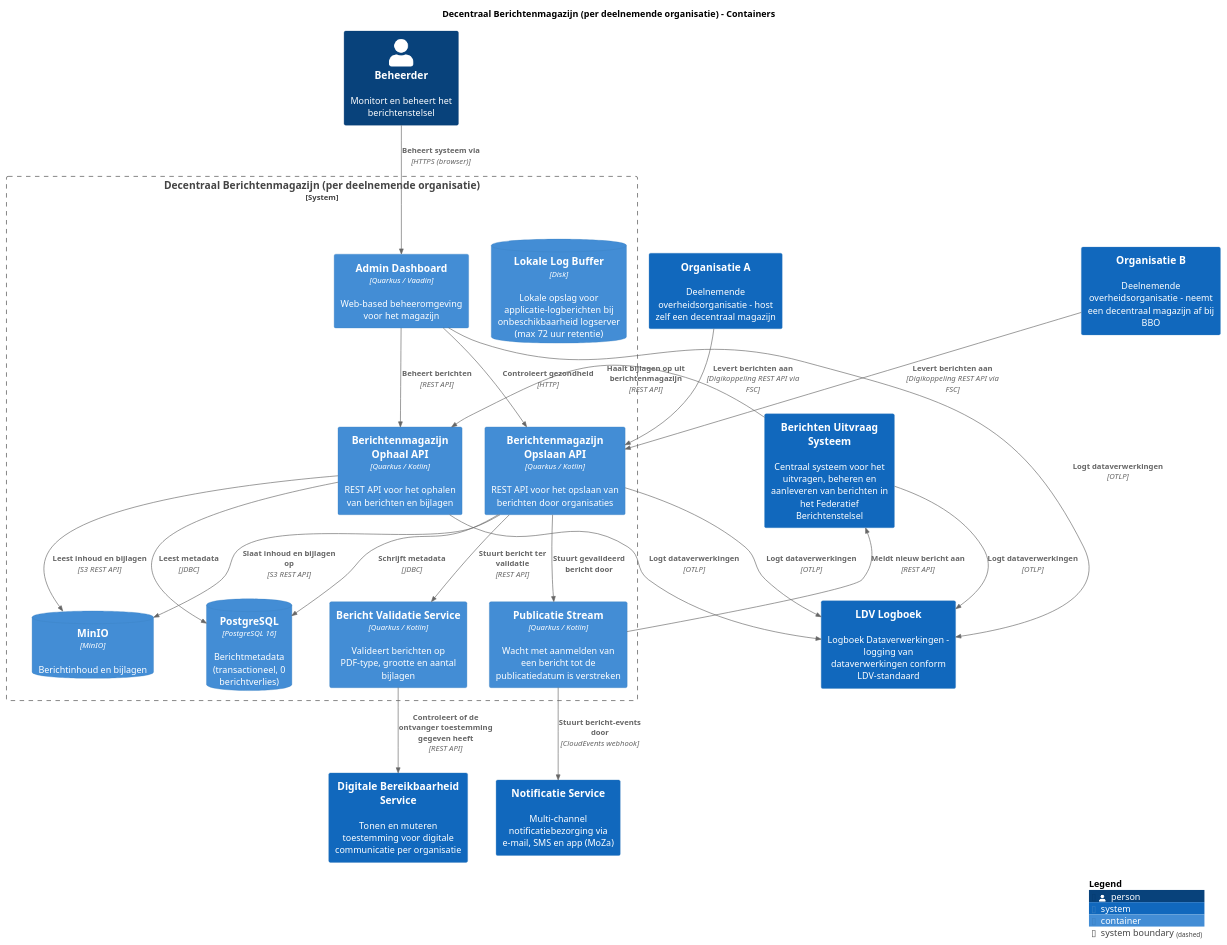
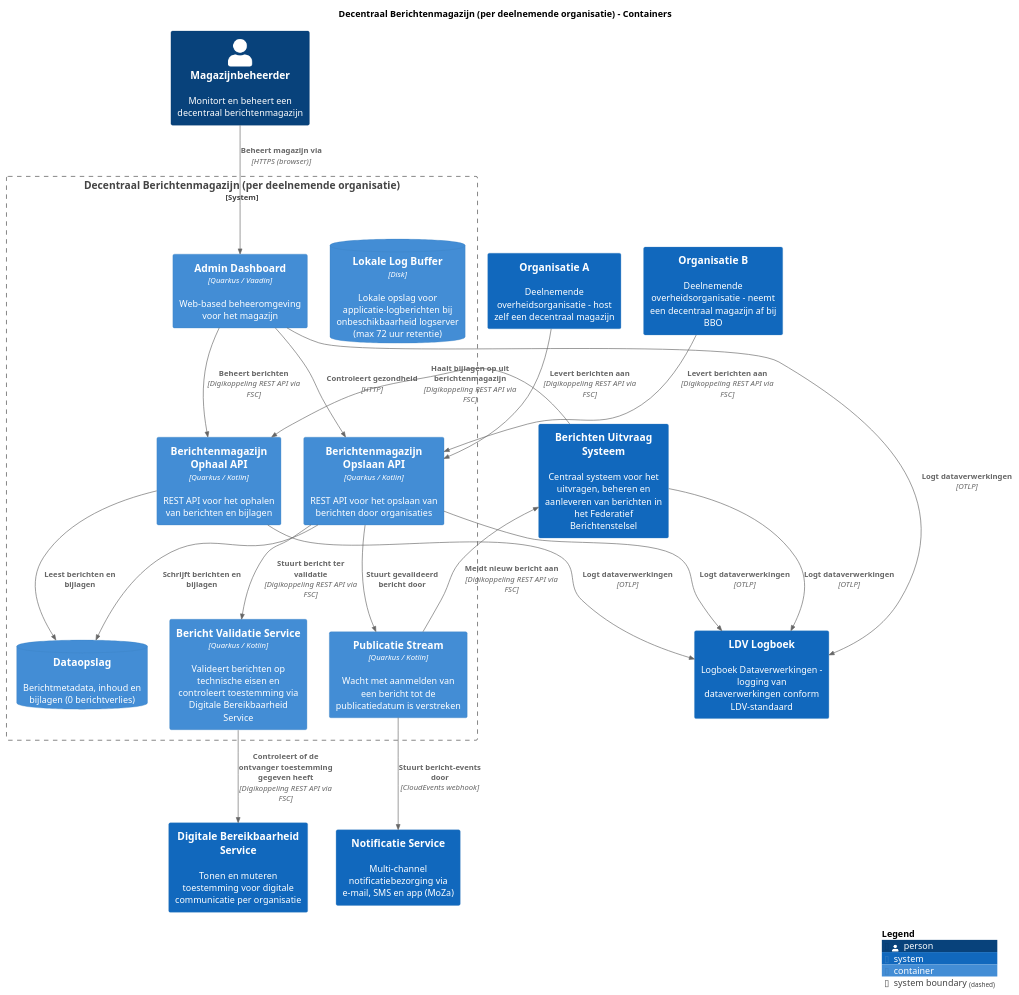
The diagram in pr-preview/pr-16/master/puml/DecentraalMagazijnContainers.puml (MinBZK/moza-poc-fbs-berichtenbox), drawn with PlantUML before and after one commit. The commit also changed 48 other files, not shown here.

```diff
--- a/pr-preview/pr-16/master/puml/DecentraalMagazijnContainers.puml
+++ b/pr-preview/pr-16/master/puml/DecentraalMagazijnContainers.puml
@@ -1,51 +1,48 @@
 @startuml
 set separator none
 title Decentraal Berichtenmagazijn (per deelnemende organisatie) - Containers
 
 top to bottom direction
 
 !include <C4/C4>
 !include <C4/C4_Context>
 !include <C4/C4_Container>
 
-Person(Beheerder, "Beheerder", $descr="Monitort en beheert het berichtenstelsel", $tags="", $link="")
+Person(Magazijnbeheerder, "Magazijnbeheerder", $descr="Monitort en beheert een decentraal berichtenmagazijn", $tags="", $link="")
 System(NotificatieService, "Notificatie Service", $descr="Multi-channel notificatiebezorging via e-mail, SMS en app (MoZa)", $tags="", $link="")
 System(DigitaleBereikbaarheidService, "Digitale Bereikbaarheid Service", $descr="Tonen en muteren toestemming voor digitale communicatie per organisatie", $tags="", $link="")
 System(OrganisatieA, "Organisatie A", $descr="Deelnemende overheidsorganisatie - host zelf een decentraal magazijn", $tags="", $link="")
 System(OrganisatieB, "Organisatie B", $descr="Deelnemende overheidsorganisatie - neemt een decentraal magazijn af bij BBO", $tags="", $link="")
 System(BerichtenUitvraagSysteem, "Berichten Uitvraag Systeem", $descr="Centraal systeem voor het uitvragen, beheren en aanleveren van berichten in het Federatief Berichtenstelsel", $tags="", $link="")
 System(LDVLogboek, "LDV Logboek", $descr="Logboek Dataverwerkingen - logging van dataverwerkingen conform LDV-standaard", $tags="", $link="")
 
 System_Boundary("DecentraalBerichtenmagazijnperdeelnemendeorganisatie_boundary", "Decentraal Berichtenmagazijn (per deelnemende organisatie)", $tags="") {
   Container(DecentraalBerichtenmagazijnperdeelnemendeorganisatie.BerichtenmagazijnOphaalAPI, "Berichtenmagazijn Ophaal API", $techn="Quarkus / Kotlin", $descr="REST API voor het ophalen van berichten en bijlagen", $tags="", $link="")
   Container(DecentraalBerichtenmagazijnperdeelnemendeorganisatie.BerichtenmagazijnOpslaanAPI, "Berichtenmagazijn Opslaan API", $techn="Quarkus / Kotlin", $descr="REST API voor het opslaan van berichten door organisaties", $tags="", $link="")
   ContainerDb(DecentraalBerichtenmagazijnperdeelnemendeorganisatie.LokaleLogBuffer, "Lokale Log Buffer", $techn="Disk", $descr="Lokale opslag voor applicatie-logberichten bij onbeschikbaarheid logserver (max 72 uur retentie)", $tags="", $link="")
-  ContainerDb(DecentraalBerichtenmagazijnperdeelnemendeorganisatie.PostgreSQL, "PostgreSQL", $techn="PostgreSQL 16", $descr="Berichtmetadata (transactioneel, 0 berichtverlies)", $tags="", $link="")
-  ContainerDb(DecentraalBerichtenmagazijnperdeelnemendeorganisatie.MinIO, "MinIO", $techn="MinIO", $descr="Berichtinhoud en bijlagen", $tags="", $link="")
+  ContainerDb(DecentraalBerichtenmagazijnperdeelnemendeorganisatie.Dataopslag, "Dataopslag", $techn="", $descr="Berichtmetadata, inhoud en bijlagen (0 berichtverlies)", $tags="", $link="")
   Container(DecentraalBerichtenmagazijnperdeelnemendeorganisatie.AdminDashboard, "Admin Dashboard", $techn="Quarkus / Vaadin", $descr="Web-based beheeromgeving voor het magazijn", $tags="", $link="")
-  Container(DecentraalBerichtenmagazijnperdeelnemendeorganisatie.BerichtValidatieService, "Bericht Validatie Service", $techn="Quarkus / Kotlin", $descr="Valideert berichten op PDF-type, grootte en aantal bijlagen", $tags="", $link="")
+  Container(DecentraalBerichtenmagazijnperdeelnemendeorganisatie.BerichtValidatieService, "Bericht Validatie Service", $techn="Quarkus / Kotlin", $descr="Valideert berichten op technische eisen en controleert toestemming via Digitale Bereikbaarheid Service", $tags="", $link="")
   Container(DecentraalBerichtenmagazijnperdeelnemendeorganisatie.PublicatieStream, "Publicatie Stream", $techn="Quarkus / Kotlin", $descr="Wacht met aanmelden van een bericht tot de publicatiedatum is verstreken", $tags="", $link="")
 }
 
-Rel(DecentraalBerichtenmagazijnperdeelnemendeorganisatie.BerichtValidatieService, DigitaleBereikbaarheidService, "Controleert of de ontvanger toestemming gegeven heeft", $techn="REST API", $tags="", $link="")
+Rel(OrganisatieB, DecentraalBerichtenmagazijnperdeelnemendeorganisatie.BerichtenmagazijnOpslaanAPI, "Levert berichten aan", $techn="Digikoppeling REST API via FSC", $tags="", $link="")
+Rel(DecentraalBerichtenmagazijnperdeelnemendeorganisatie.BerichtValidatieService, DigitaleBereikbaarheidService, "Controleert of de ontvanger toestemming gegeven heeft", $techn="Digikoppeling REST API via FSC", $tags="", $link="")
 Rel(DecentraalBerichtenmagazijnperdeelnemendeorganisatie.BerichtenmagazijnOphaalAPI, LDVLogboek, "Logt dataverwerkingen", $techn="OTLP", $tags="", $link="")
 Rel(DecentraalBerichtenmagazijnperdeelnemendeorganisatie.BerichtenmagazijnOpslaanAPI, LDVLogboek, "Logt dataverwerkingen", $techn="OTLP", $tags="", $link="")
 Rel(BerichtenUitvraagSysteem, LDVLogboek, "Logt dataverwerkingen", $techn="OTLP", $tags="", $link="")
 Rel(DecentraalBerichtenmagazijnperdeelnemendeorganisatie.AdminDashboard, LDVLogboek, "Logt dataverwerkingen", $techn="OTLP", $tags="", $link="")
-Rel(DecentraalBerichtenmagazijnperdeelnemendeorganisatie.BerichtenmagazijnOphaalAPI, DecentraalBerichtenmagazijnperdeelnemendeorganisatie.PostgreSQL, "Leest metadata", $techn="JDBC", $tags="", $link="")
-Rel(DecentraalBerichtenmagazijnperdeelnemendeorganisatie.BerichtenmagazijnOphaalAPI, DecentraalBerichtenmagazijnperdeelnemendeorganisatie.MinIO, "Leest inhoud en bijlagen", $techn="S3 REST API", $tags="", $link="")
-Rel(DecentraalBerichtenmagazijnperdeelnemendeorganisatie.BerichtenmagazijnOpslaanAPI, DecentraalBerichtenmagazijnperdeelnemendeorganisatie.PostgreSQL, "Schrijft metadata", $techn="JDBC", $tags="", $link="")
-Rel(DecentraalBerichtenmagazijnperdeelnemendeorganisatie.BerichtenmagazijnOpslaanAPI, DecentraalBerichtenmagazijnperdeelnemendeorganisatie.MinIO, "Slaat inhoud en bijlagen op", $techn="S3 REST API", $tags="", $link="")
-Rel(DecentraalBerichtenmagazijnperdeelnemendeorganisatie.BerichtenmagazijnOpslaanAPI, DecentraalBerichtenmagazijnperdeelnemendeorganisatie.BerichtValidatieService, "Stuurt bericht ter validatie", $techn="REST API", $tags="", $link="")
-Rel(DecentraalBerichtenmagazijnperdeelnemendeorganisatie.AdminDashboard, DecentraalBerichtenmagazijnperdeelnemendeorganisatie.BerichtenmagazijnOphaalAPI, "Beheert berichten", $techn="REST API", $tags="", $link="")
+Rel(DecentraalBerichtenmagazijnperdeelnemendeorganisatie.BerichtenmagazijnOphaalAPI, DecentraalBerichtenmagazijnperdeelnemendeorganisatie.Dataopslag, "Leest berichten en bijlagen", $techn="", $tags="", $link="")
+Rel(DecentraalBerichtenmagazijnperdeelnemendeorganisatie.BerichtenmagazijnOpslaanAPI, DecentraalBerichtenmagazijnperdeelnemendeorganisatie.Dataopslag, "Schrijft berichten en bijlagen", $techn="", $tags="", $link="")
+Rel(DecentraalBerichtenmagazijnperdeelnemendeorganisatie.BerichtenmagazijnOpslaanAPI, DecentraalBerichtenmagazijnperdeelnemendeorganisatie.BerichtValidatieService, "Stuurt bericht ter validatie", $techn="Digikoppeling REST API via FSC", $tags="", $link="")
+Rel(DecentraalBerichtenmagazijnperdeelnemendeorganisatie.AdminDashboard, DecentraalBerichtenmagazijnperdeelnemendeorganisatie.BerichtenmagazijnOphaalAPI, "Beheert berichten", $techn="Digikoppeling REST API via FSC", $tags="", $link="")
 Rel(DecentraalBerichtenmagazijnperdeelnemendeorganisatie.AdminDashboard, DecentraalBerichtenmagazijnperdeelnemendeorganisatie.BerichtenmagazijnOpslaanAPI, "Controleert gezondheid", $techn="HTTP", $tags="", $link="")
 Rel(DecentraalBerichtenmagazijnperdeelnemendeorganisatie.BerichtenmagazijnOpslaanAPI, DecentraalBerichtenmagazijnperdeelnemendeorganisatie.PublicatieStream, "Stuurt gevalideerd bericht door", $techn="", $tags="", $link="")
-Rel(BerichtenUitvraagSysteem, DecentraalBerichtenmagazijnperdeelnemendeorganisatie.BerichtenmagazijnOphaalAPI, "Haalt bijlagen op uit berichtenmagazijn", $techn="REST API", $tags="", $link="")
-Rel(Beheerder, DecentraalBerichtenmagazijnperdeelnemendeorganisatie.AdminDashboard, "Beheert systeem via", $techn="HTTPS (browser)", $tags="", $link="")
-Rel(DecentraalBerichtenmagazijnperdeelnemendeorganisatie.PublicatieStream, BerichtenUitvraagSysteem, "Meldt nieuw bericht aan", $techn="REST API", $tags="", $link="")
+Rel(BerichtenUitvraagSysteem, DecentraalBerichtenmagazijnperdeelnemendeorganisatie.BerichtenmagazijnOphaalAPI, "Haalt bijlagen op uit berichtenmagazijn", $techn="Digikoppeling REST API via FSC", $tags="", $link="")
+Rel(Magazijnbeheerder, DecentraalBerichtenmagazijnperdeelnemendeorganisatie.AdminDashboard, "Beheert magazijn via", $techn="HTTPS (browser)", $tags="", $link="")
+Rel(DecentraalBerichtenmagazijnperdeelnemendeorganisatie.PublicatieStream, BerichtenUitvraagSysteem, "Meldt nieuw bericht aan", $techn="Digikoppeling REST API via FSC", $tags="", $link="")
 Rel(DecentraalBerichtenmagazijnperdeelnemendeorganisatie.PublicatieStream, NotificatieService, "Stuurt bericht-events door", $techn="CloudEvents webhook", $tags="", $link="")
 Rel(OrganisatieA, DecentraalBerichtenmagazijnperdeelnemendeorganisatie.BerichtenmagazijnOpslaanAPI, "Levert berichten aan", $techn="Digikoppeling REST API via FSC", $tags="", $link="")
-Rel(OrganisatieB, DecentraalBerichtenmagazijnperdeelnemendeorganisatie.BerichtenmagazijnOpslaanAPI, "Levert berichten aan", $techn="Digikoppeling REST API via FSC", $tags="", $link="")
 
 SHOW_LEGEND(true)
 @enduml
```
